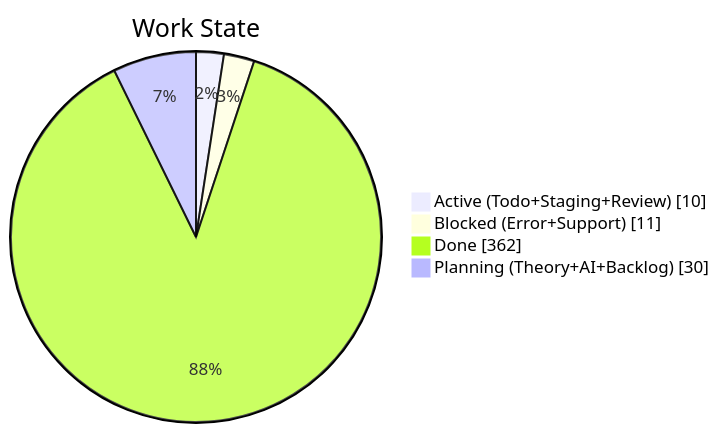
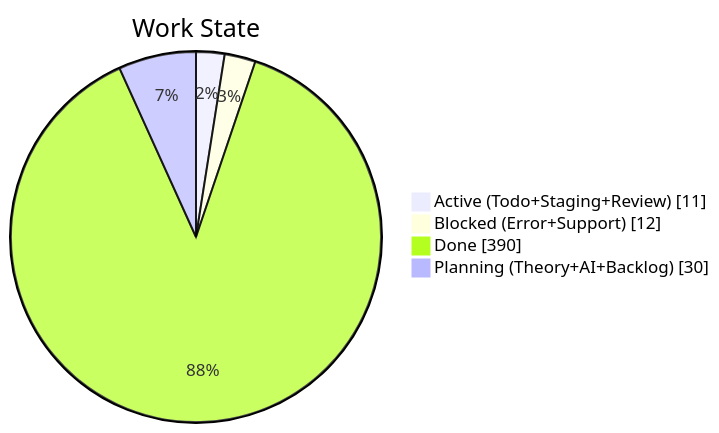
Before and after one commit to KBVE/kbve: the second of 4 diagrams in apps/kbve/astro-kbve/src/content/docs/dashboard/kanban.mdx, drawn with Mermaid. The commit also changed other lines of this file and 8 other files, not shown here.

````diff
--- a/apps/kbve/astro-kbve/src/content/docs/dashboard/kanban.mdx
+++ b/apps/kbve/astro-kbve/src/content/docs/dashboard/kanban.mdx
@@ -68,8 +68,8 @@
 ```mermaid
 pie showData
     title Work State
-    "Active (Todo+Staging+Review)" : 10
-    "Blocked (Error+Support)" : 11
-    "Done" : 362
+    "Active (Todo+Staging+Review)" : 11
+    "Blocked (Error+Support)" : 12
+    "Done" : 390
     "Planning (Theory+AI+Backlog)" : 30
 ```
````
